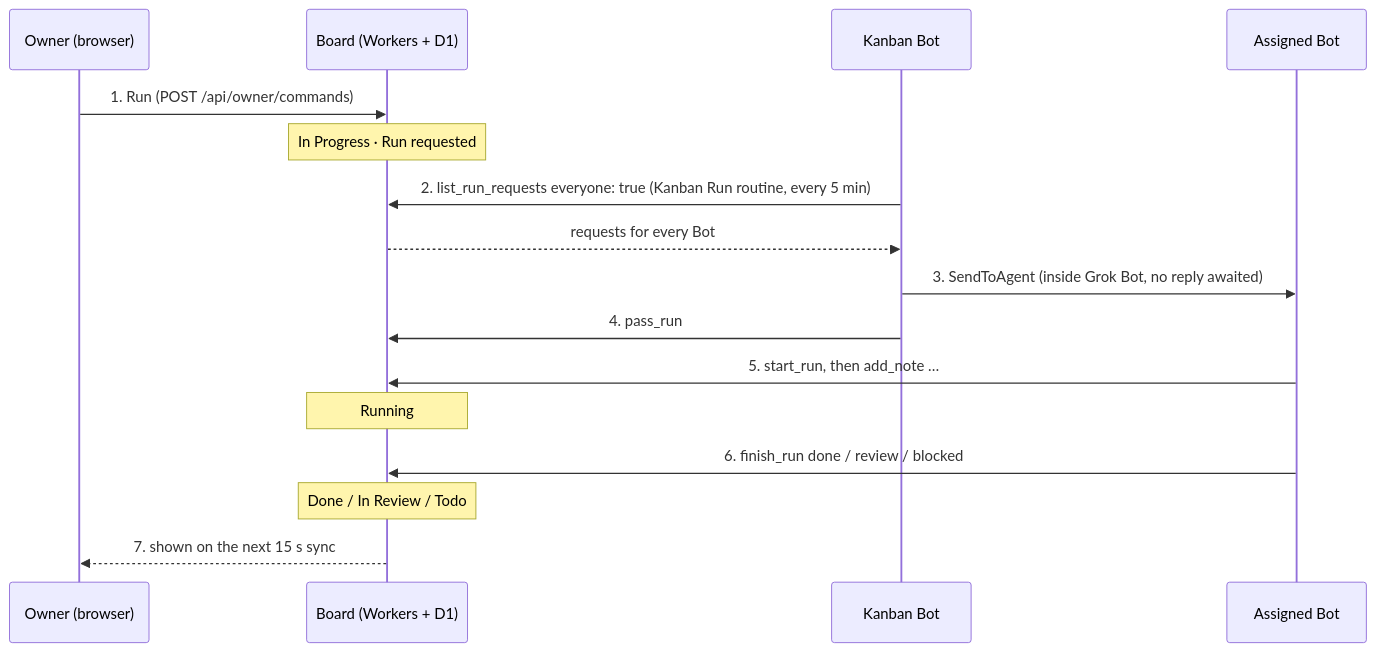
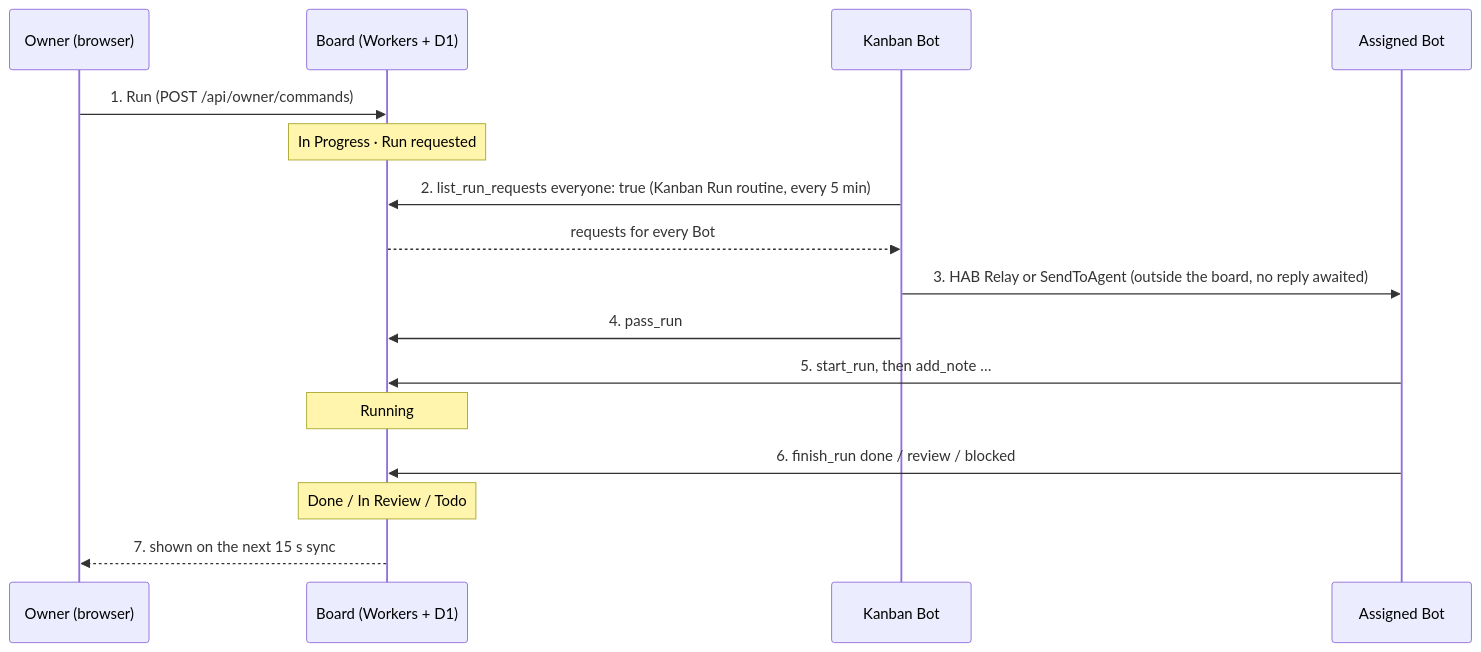
One commit to s-hiraoku/hab-kanban changed the second of 2 diagrams in docs/architecture.md. Above: the diagram before and after it, drawn with Mermaid. The commit also changed other lines of this file and 7 other files, not shown here.

First line of the commit message:
Manage connections on the board, with setup for each HAB agent

````diff
--- a/docs/architecture.md
+++ b/docs/architecture.md
@@ -52,18 +52,18 @@
 ```mermaid
 sequenceDiagram
     participant O as Owner (browser)
     participant B as Board (Workers + D1)
     participant K as Kanban Bot
     participant T as Assigned Bot
     O->>B: 1. Run (POST /api/owner/commands)
     Note over B: In Progress · Run requested
     K->>B: 2. list_run_requests everyone: true (Kanban Run routine, every 5 min)
     B-->>K: requests for every Bot
-    K->>T: 3. SendToAgent (inside Grok Bot, no reply awaited)
+    K->>T: 3. HAB Relay or SendToAgent (outside the board, no reply awaited)
     K->>B: 4. pass_run
     T->>B: 5. start_run, then add_note …
     Note over B: Running
     T->>B: 6. finish_run done / review / blocked
     Note over B: Done / In Review / Todo
     B-->>O: 7. shown on the next 15 s sync
 ```
````
